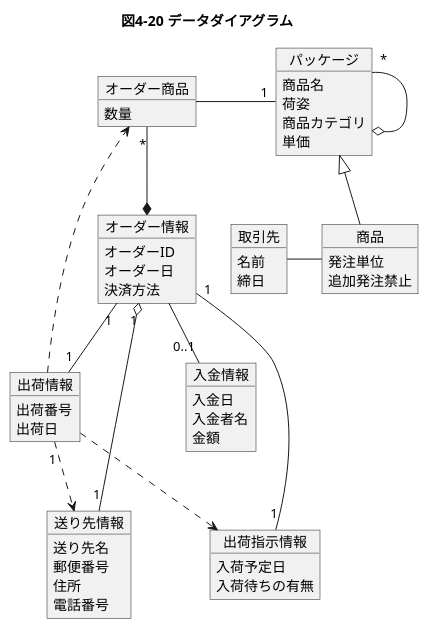
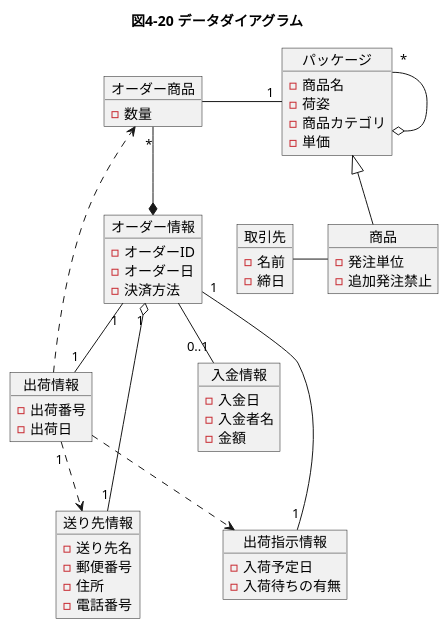
The diagram in chap04/4-20.puml (eyasuyuki/rdra-example), drawn with PlantUML before and after one commit. The commit also changed 16 other files, not shown here.

```diff
--- a/chap04/4-20.puml
+++ b/chap04/4-20.puml
@@ -1,56 +1,56 @@
 @startuml
 title 図4-20 データダイアグラム
 object 入金情報 {
-    入金日
-    入金者名
-    金額
+    - 入金日
+    - 入金者名
+    - 金額
 }
 object オーダー情報 {
-    オーダーID
-    オーダー日
-    決済方法
+    - オーダーID
+    - オーダー日
+    - 決済方法
 }
 object 出荷指示情報 {
-    入荷予定日
-    入荷待ちの有無
+    - 入荷予定日
+    - 入荷待ちの有無
 }
 object 送り先情報 {
-    送り先名
-    郵便番号
-    住所
-    電話番号
+    - 送り先名
+    - 郵便番号
+    - 住所
+    - 電話番号
 }
 object オーダー商品 {
-    数量
+    - 数量
 }
 object 取引先 {
-    名前
-    締日
+    - 名前
+    - 締日
 }
 object 出荷情報 {
-    出荷番号
-    出荷日
+    - 出荷番号
+    - 出荷日
 }
 object パッケージ {
-    商品名
-    荷姿
-    商品カテゴリ
-    単価
+    - 商品名
+    - 荷姿
+    - 商品カテゴリ
+    - 単価
 }
 object 商品 {
-    発注単位
-    追加発注禁止
+    - 発注単位
+    - 追加発注禁止
 }
 オーダー情報 --"0..1" 入金情報
 オーダー情報 "1"--"1" 出荷指示情報
 オーダー情報 "1"--"1" 出荷情報
 オーダー情報 "1" o--"1" 送り先情報
 出荷情報 ..> 出荷指示情報
 出荷情報 "1" ..> 送り先情報
 出荷情報 ..> オーダー商品
 オーダー商品 "*" --* オーダー情報
 オーダー商品 -right-"1" パッケージ
 パッケージ "*" --o パッケージ
 パッケージ <|-- 商品
 取引先 -right- 商品
 @enduml
```
